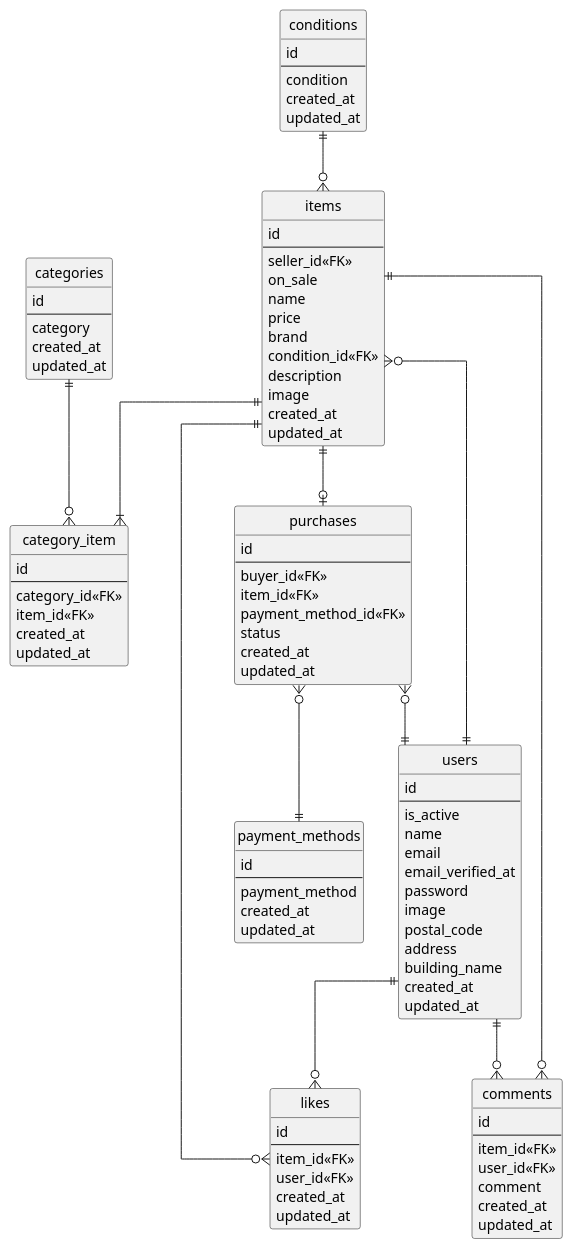
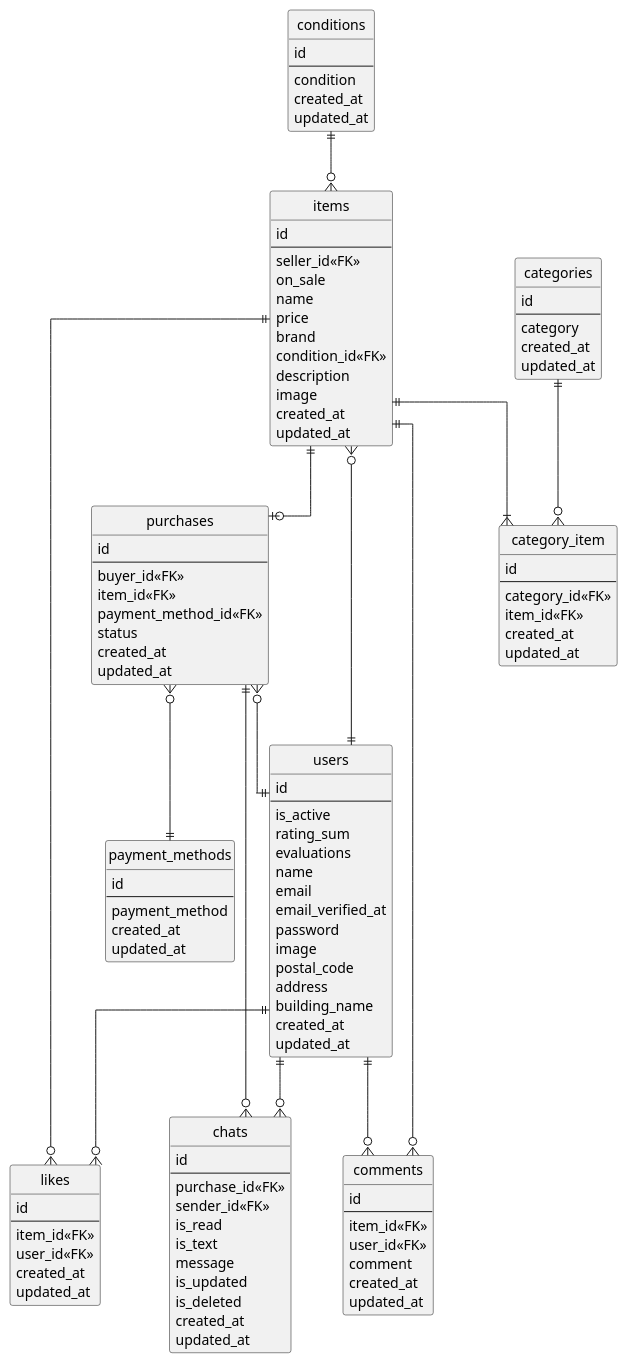
The diagram in img/carmeri.plantuml (Atsu-su/carmeri_pro), drawn with PlantUML before and after one commit. The commit also changed 60 other files, not shown here.

```diff
--- a/img/carmeri.plantuml
+++ b/img/carmeri.plantuml
@@ -1,114 +1,132 @@
 @startuml carmeri
 ' hide the spot
 hide circle
 
 ' avoid problems with angled crows feet
 skinparam linetype ortho
 
 entity "users" as users {
   id
   --
   is_active
+  rating_sum
+  evaluations
   name
   email
   email_verified_at
   password
   image
   postal_code
   address
   building_name
   created_at
   updated_at
 }
 
 entity "categories" as categories {
   id
   --
   category
   created_at
   updated_at
 }
 
 entity "category_item" as category_item {
   id
   --
   category_id<<FK>>
   item_id<<FK>>
   created_at
   updated_at
 }
 
 entity "conditions" as conditions {
   id
   --
   condition
   created_at
   updated_at
 }
 
 entity "items" as items {
   id
   --
   seller_id<<FK>>
   on_sale
   name
   price
   brand
   condition_id<<FK>>
   description
   image
   created_at
   updated_at
 }
 
 entity "payment_methods" as payment_methods {
   id
   --
   payment_method
   created_at
   updated_at
 }
 
 entity "purchases" as purchases {
   id
   --
   buyer_id<<FK>>
   item_id<<FK>>
   payment_method_id<<FK>>
   status
   created_at
   updated_at
 }
 
 entity "likes" as likes {
   id
   --
   item_id<<FK>>
   user_id<<FK>>
   created_at
   updated_at
 }
 
 entity "comments" as comments {
   id
   --
   item_id<<FK>>
   user_id<<FK>>
   comment
   created_at
   updated_at
 }
 
+entity "chats" as chats {
+  id
+  --
+  purchase_id<<FK>>
+  sender_id<<FK>>
+  is_read
+  is_text
+  message
+  is_updated
+  is_deleted
+  created_at
+  updated_at
+}
+
+users ||--o{ chats
+purchases ||--o{ chats
 categories ||--o{ category_item
 conditions ||--o{ items
 items ||--|{ category_item
 items ||--o{ likes
 items ||--o| purchases
 items ||--o{ comments
 items }o--|| users
 purchases }o--|| users
 users ||--o{ likes
 users ||--o{ comments
 purchases }o--|| payment_methods
 
 @enduml
```
